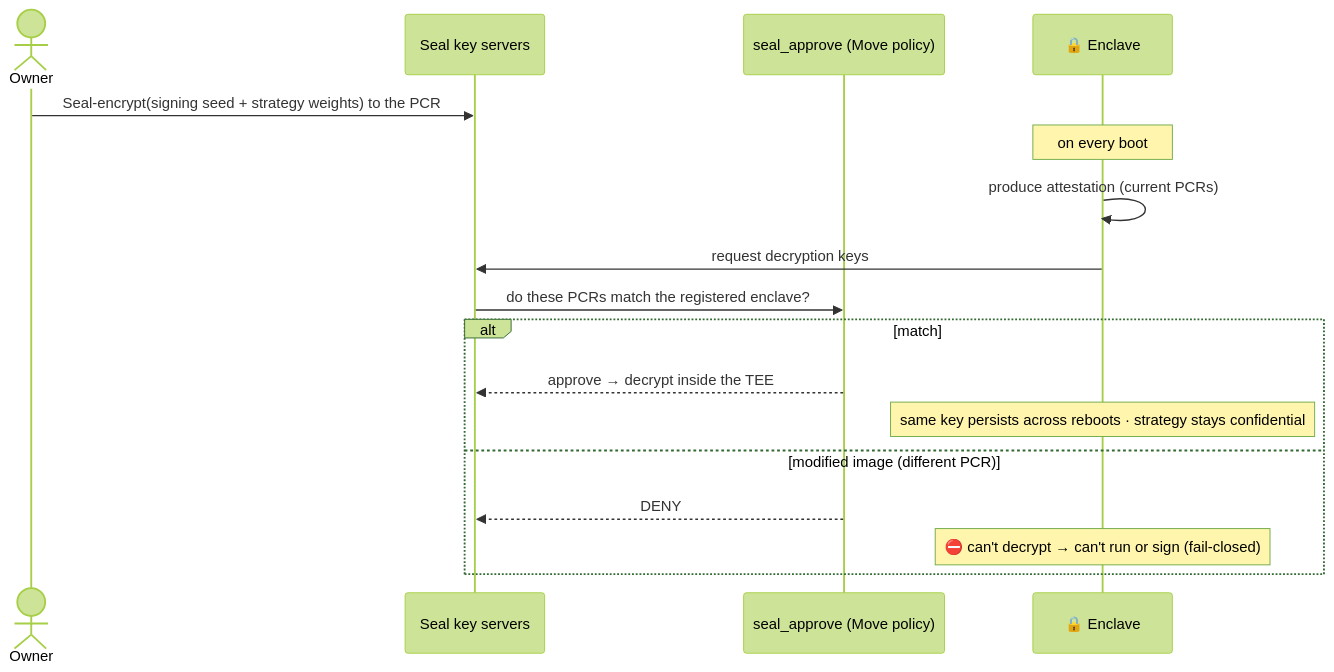
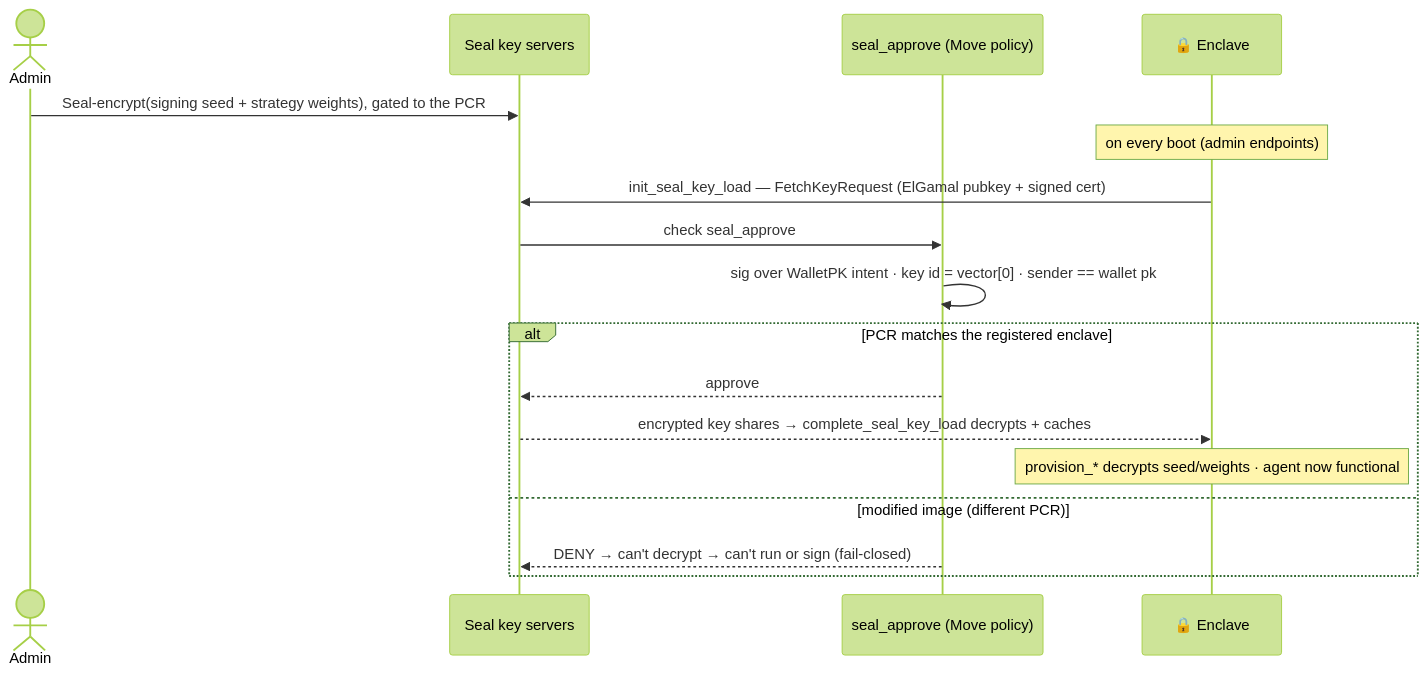
The seventh of 9 diagrams in docs/treasury-agent-design.md (speedxgul/looping-agent), drawn with Mermaid (forest theme) before and after one commit. The commit also changed other lines of this file and 8 other files, not shown here.

````diff
--- a/docs/treasury-agent-design.md
+++ b/docs/treasury-agent-design.md
@@ -413,20 +425,20 @@
 ```mermaid
 sequenceDiagram
-    actor Owner
+    actor Admin
     participant Seal as Seal key servers
     participant Approve as seal_approve (Move policy)
     participant Enc as 🔒 Enclave
 
-    Owner->>Seal: Seal-encrypt(signing seed + strategy weights) to the PCR
-    Note over Enc: on every boot
-    Enc->>Enc: produce attestation (current PCRs)
-    Enc->>Seal: request decryption keys
-    Seal->>Approve: do these PCRs match the registered enclave?
-    alt match
-        Approve-->>Seal: approve → decrypt inside the TEE
-        Note over Enc: same key persists across reboots · strategy stays confidential
+    Admin->>Seal: Seal-encrypt(signing seed + strategy weights), gated to the PCR
+    Note over Enc: on every boot (admin endpoints)
+    Enc->>Seal: init_seal_key_load — FetchKeyRequest (ElGamal pubkey + signed cert)
+    Seal->>Approve: check seal_approve
+    Approve->>Approve: sig over WalletPK intent · key id = vector[0] · sender == wallet pk
+    alt PCR matches the registered enclave
+        Approve-->>Seal: approve
+        Seal-->>Enc: encrypted key shares → complete_seal_key_load decrypts + caches
+        Note over Enc: provision_* decrypts seed/weights · agent now functional
     else modified image (different PCR)
-        Approve-->>Seal: DENY
-        Note over Enc: ⛔ can't decrypt → can't run or sign (fail-closed)
+        Approve-->>Seal: DENY → can't decrypt → can't run or sign (fail-closed)
     end
 ```
````
